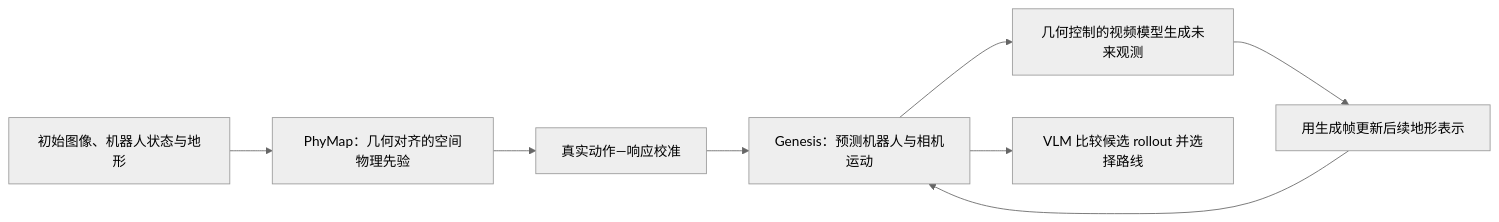
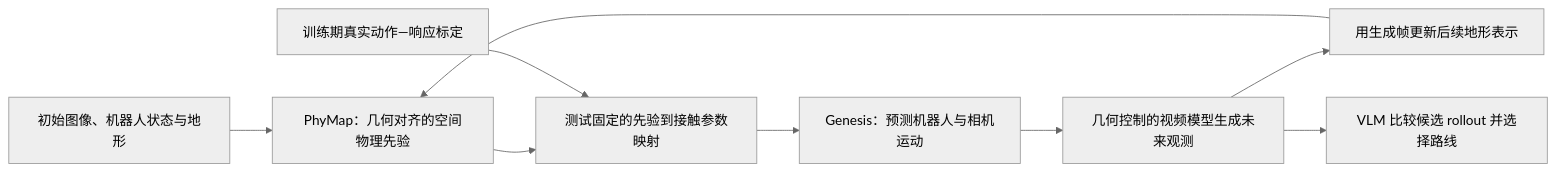
One commit to ImChong/Robotics_Notebooks changed the diagram in wiki/entities/paper-dr-wm.md. Above: the diagram before and after it, drawn with Mermaid (neutral theme). The commit also changed other lines of this file and 208 other files, not shown here.

Commit message:
[2026-11-14] ingest | roadmap/depth-wam.md — 补齐 WAM 全部节点原文证据与满分健康度

````diff
--- a/wiki/entities/paper-dr-wm.md
+++ b/wiki/entities/paper-dr-wm.md
@@ -63,13 +69,15 @@
 ```mermaid
 flowchart LR
   OBS["初始图像、机器人状态与地形"]
   PHY["PhyMap：几何对齐的空间物理先验"]
-  CAL["真实动作—响应校准"]
+  CAL["训练期真实动作—响应标定"]
+  MAP["测试固定的先验到接触参数映射"]
   SIM["Genesis：预测机器人与相机运动"]
   VID["几何控制的视频模型生成未来观测"]
   UPD["用生成帧更新后续地形表示"]
   VLM["VLM 比较候选 rollout 并选择路线"]
-  OBS --> PHY --> CAL --> SIM --> VID --> UPD
-  UPD --> SIM
-  SIM --> VLM
+  OBS --> PHY --> MAP --> SIM --> VID --> UPD
+  CAL --> MAP
+  UPD --> PHY
+  VID --> VLM
 ```
````
